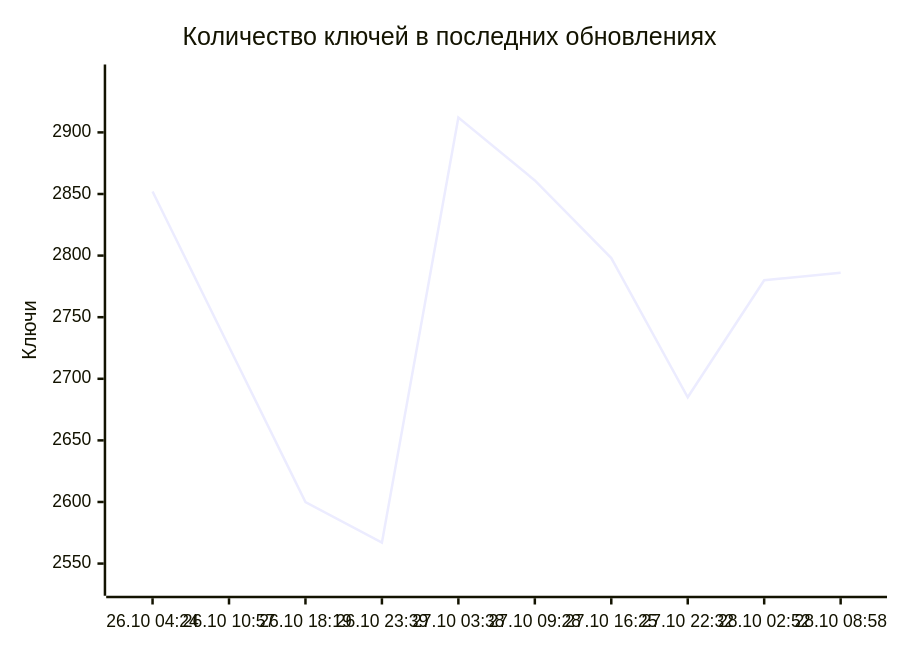
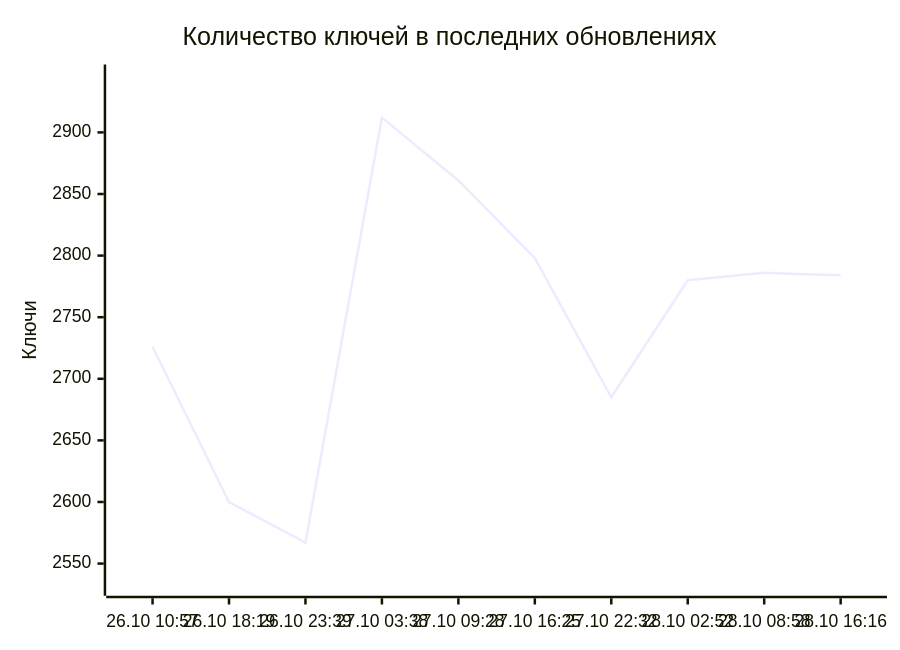
One commit to markKikhtenko/WireVeil changed the diagram in README.md. Above: the diagram before and after it, drawn with Mermaid. The commit also changed other lines of this file and 12 other files, not shown here.

````diff
--- a/README.md
+++ b/README.md
@@ -55,7 +55,7 @@
 ```mermaid
 xychart-beta
     title "Количество ключей в последних обновлениях"
-    x-axis ["26.10 04:24", "26.10 10:57", "26.10 18:19", "26.10 23:39", "27.10 03:38", "27.10 09:28", "27.10 16:25", "27.10 22:32", "28.10 02:52", "28.10 08:58"]
+    x-axis ["26.10 10:57", "26.10 18:19", "26.10 23:39", "27.10 03:38", "27.10 09:28", "27.10 16:25", "27.10 22:32", "28.10 02:52", "28.10 08:58", "28.10 16:16"]
     y-axis "Ключи" 2532 --> 2947
-    line [2852, 2726, 2600, 2567, 2912, 2861, 2798, 2685, 2780, 2786]
+    line [2726, 2600, 2567, 2912, 2861, 2798, 2685, 2780, 2786, 2784]
 ```
````
